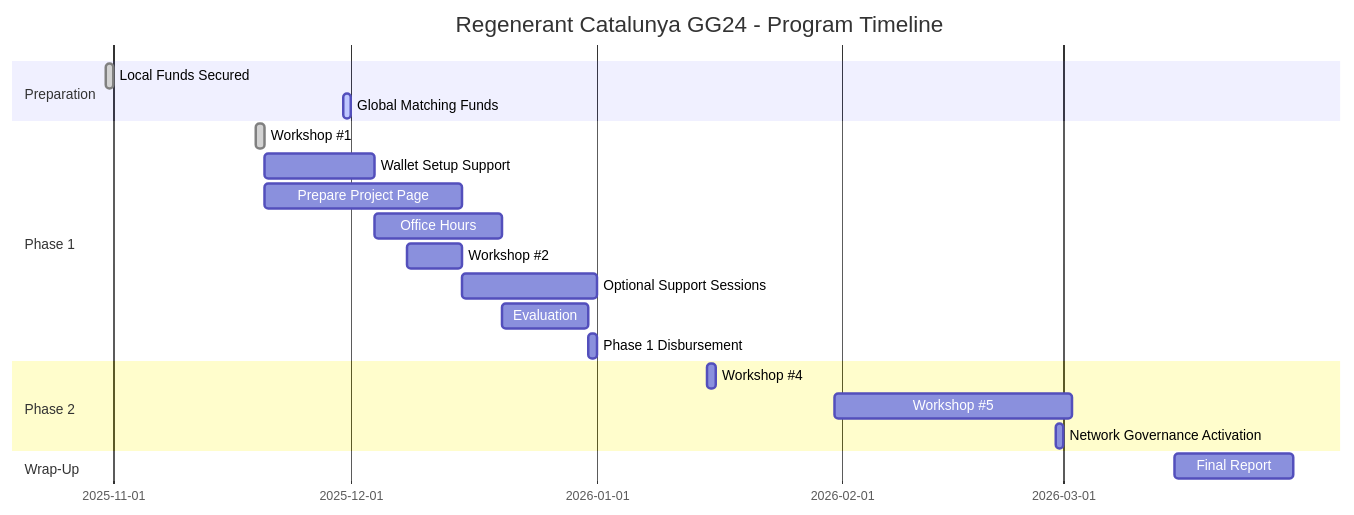
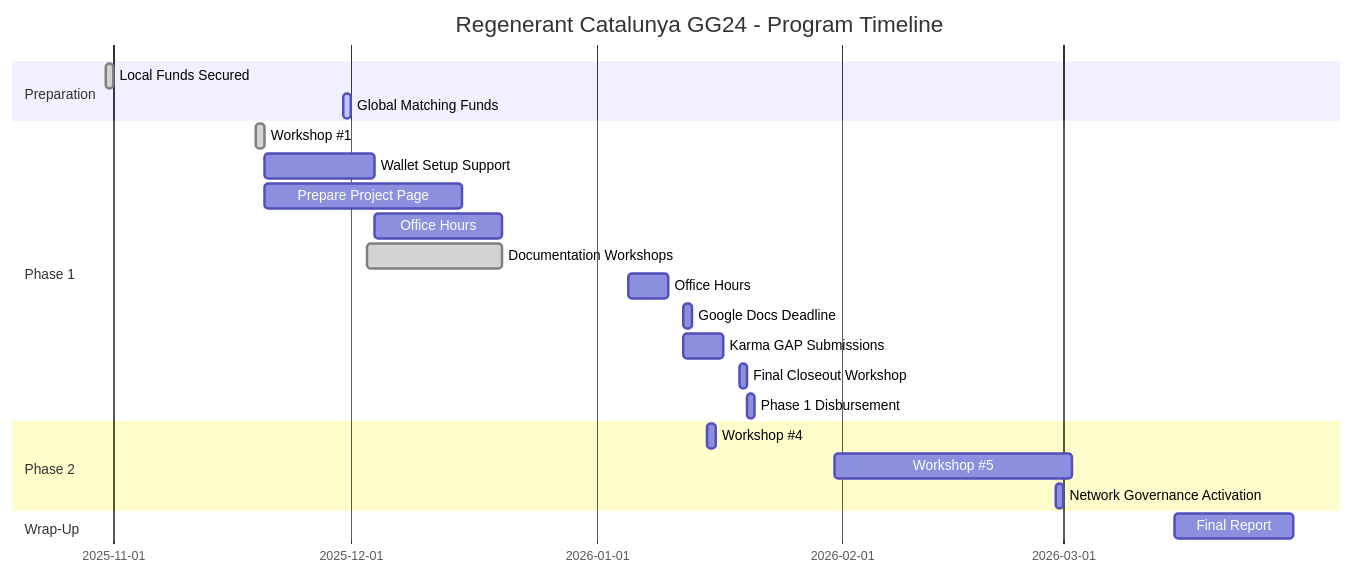
The first of 3 diagrams in content/program/timeline.md (refibcn/Regenerant-Catalunya), drawn with Mermaid before and after one commit. The commit also changed other lines of this file and 9 other files, not shown here.

````diff
--- a/content/program/timeline.md
+++ b/content/program/timeline.md
@@ -14,23 +14,25 @@
 ```mermaid
 gantt
     title Regenerant Catalunya GG24 - Program Timeline
     dateFormat  YYYY-MM-DD
     section Preparation
     Local Funds Secured          :done, prep1, 2025-10-31, 1d
     Global Matching Funds         :active, prep2, 2025-11-30, 1d
     section Phase 1
     Workshop #1                   :done, workshop1, 2025-11-19, 1d
     Wallet Setup Support          :ws, 2025-11-20, 14d
     Prepare Project Page          :prep, 2025-11-20, 25d
     Office Hours                  :office, 2025-12-04, 16d
-    Workshop #2                   :workshop2, 2025-12-08, 7d
-    Optional Support Sessions     :support, 2025-12-15, 17d
-    Evaluation                    :eval, 2025-12-20, 11d
-    Phase 1 Disbursement          :disburse1, 2025-12-31, 1d
+    Documentation Workshops       :done, doc-workshops, 2025-12-03, 17d
+    Office Hours                  :office, 2026-01-05, 5d
+    Google Docs Deadline          :docs, 2026-01-12, 1d
+    Karma GAP Submissions         :karma-sub, 2026-01-12, 5d
+    Final Closeout Workshop       :workshop3, 2026-01-19, 1d
+    Phase 1 Disbursement          :disburse1, 2026-01-20, 1d
     section Phase 2
     Workshop #4                   :workshop4, 2026-01-15, 1d
     Workshop #5                   :workshop5, 2026-01-31, 30d
     Network Governance Activation :governance, 2026-02-28, 1d
     section Wrap-Up
     Final Report                  :report, 2026-03-15, 15d
 ```
````
